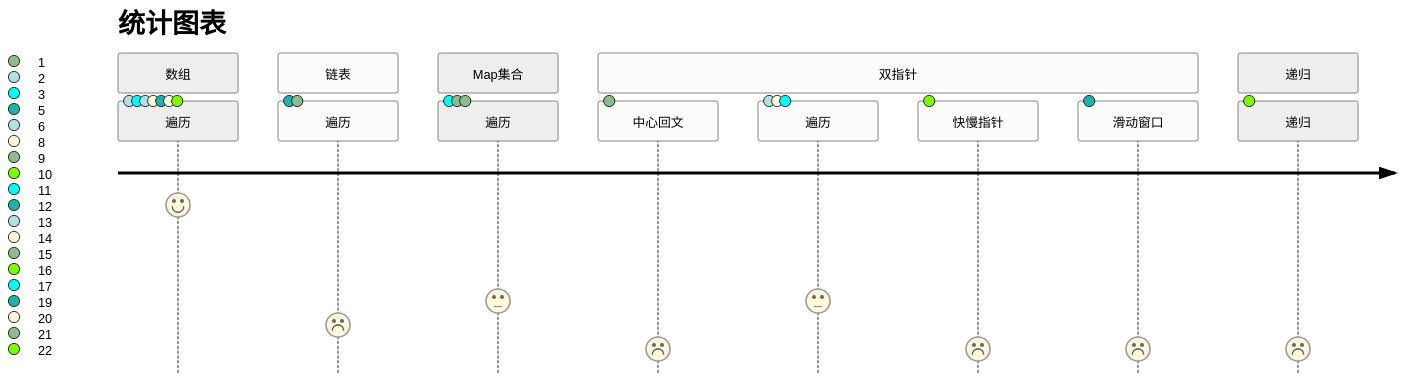
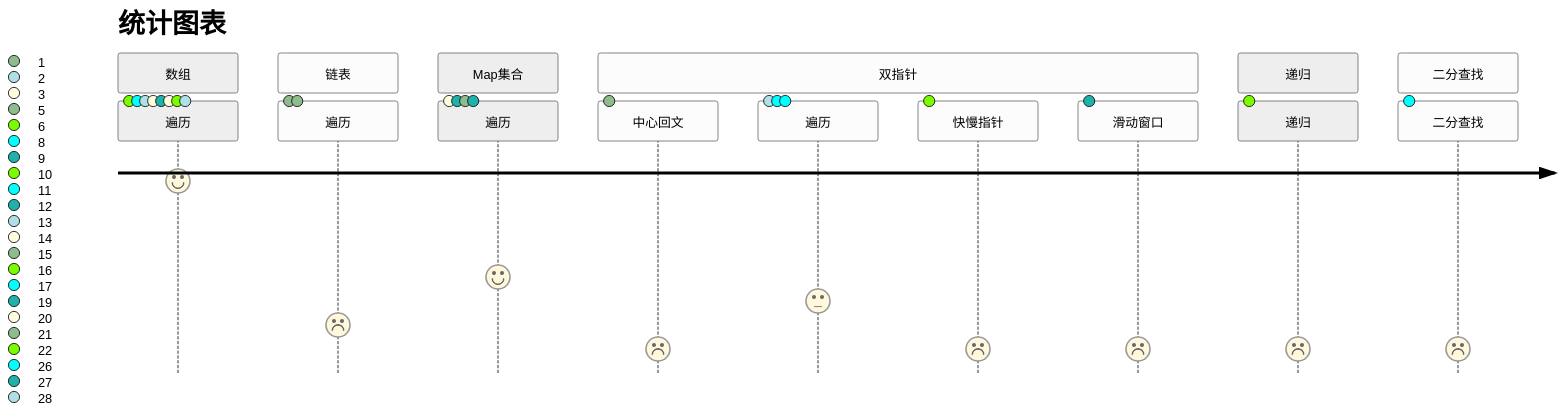
Before and after one commit to BocaiheDabaicai/algorithm-problem: the diagram in 算法/频度算法.md, drawn with Mermaid (neutral theme). The commit also changed other lines of this file, not shown here.

````diff
--- a/算法/频度算法.md
+++ b/算法/频度算法.md
@@ -81,17 +91,19 @@
 ```mermaid
 journey
     title 统计图表
     section 数组
-      遍历: 7: 6,11,13,14,19,20,22
+      遍历: 8: 6,11,13,14,19,20,22,28
     section 链表
       遍历: 2: 5,15
     section Map集合
-      遍历: 3: 3,9,21
+      遍历: 4: 3,9,21,27
     section 双指针
       中心回文: 1: 1
       遍历: 3: 2,8,17
       快慢指针: 1: 10
       滑动窗口: 1: 12
     section 递归
       递归:1:16
+    section 二分查找
+      二分查找:1:26
 ```
````
